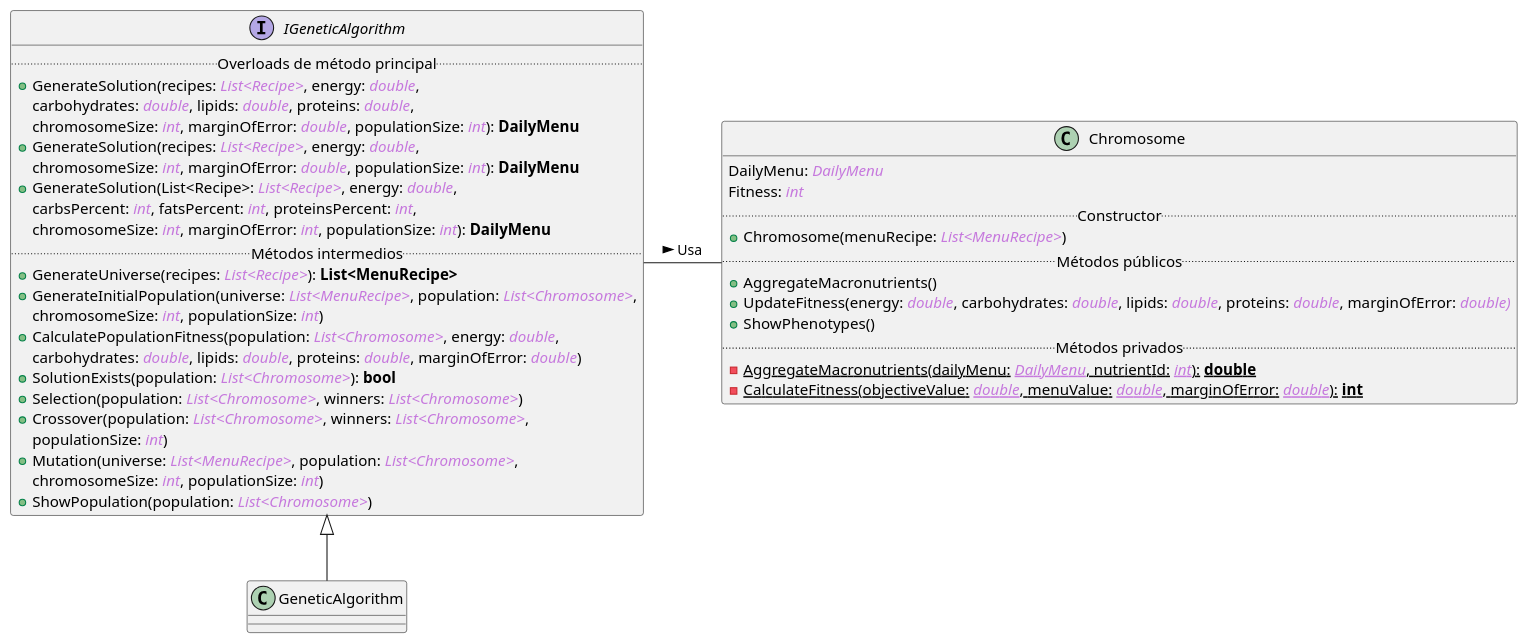
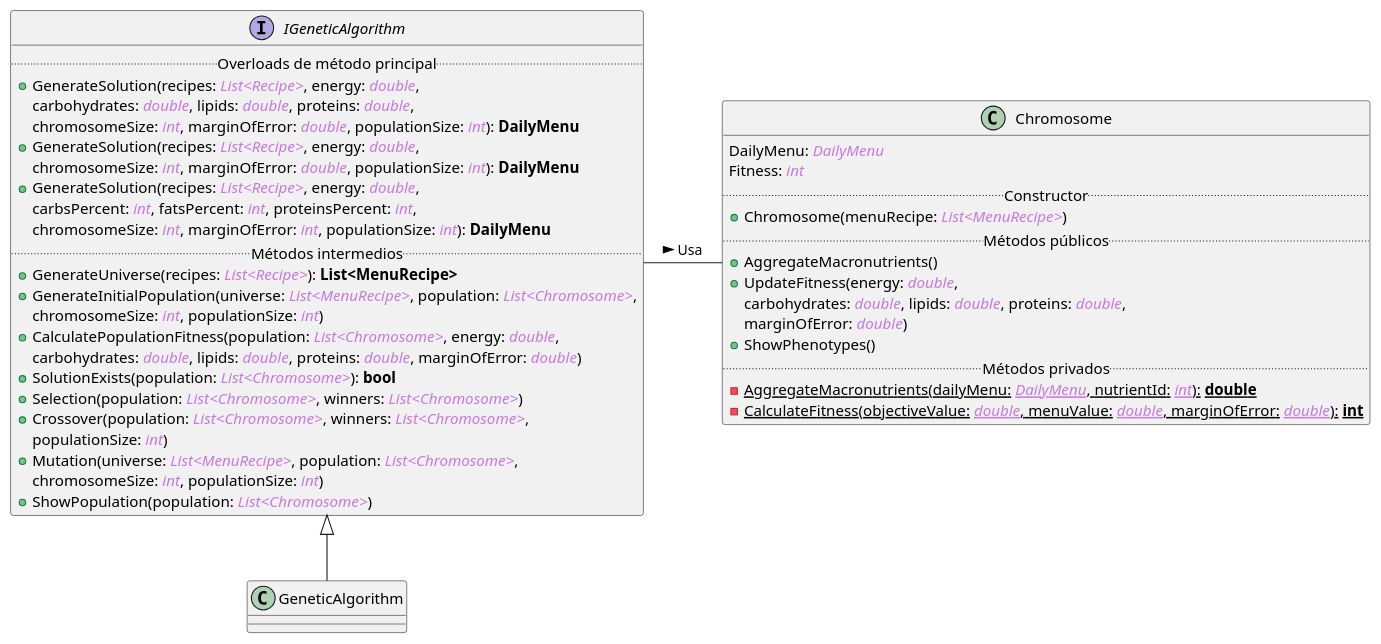
One commit to b-tapia-morales/NutriFoods changed the diagram in API/Diagrams/GeneticAlgorithm.puml. Above: the diagram before and after it, drawn with PlantUML.

Commit message:
Minor formatting issues

```diff
--- a/API/Diagrams/GeneticAlgorithm.puml
+++ b/API/Diagrams/GeneticAlgorithm.puml
@@ -1,49 +1,51 @@
 @startuml
 'https://plantuml.com/class-diagram
 
 class Chromosome
 {
 DailyMenu: <color:#C678DD><i>DailyMenu
 Fitness: <color:#C678DD><i>int
 .. Constructor ..
 +Chromosome(menuRecipe: <color:#C678DD><i>List<MenuRecipe></i></color>)
 .. Métodos públicos ..
 +AggregateMacronutrients()
-+UpdateFitness(energy: <color:#C678DD><i>double</i></color>, carbohydrates: <color:#C678DD><i>double</i></color>, lipids: <color:#C678DD><i>double</i></color>, proteins: <color:#C678DD><i>double</i></color>, marginOfError: <color:#C678DD><i>double)
++UpdateFitness(energy: <color:#C678DD><i>double</i></color>, 
+carbohydrates: <color:#C678DD><i>double</i></color>, lipids: <color:#C678DD><i>double</i></color>, proteins: <color:#C678DD><i>double</i></color>, 
+marginOfError: <color:#C678DD><i>double</i></color>)
 +ShowPhenotypes()
 .. Métodos privados ..
 -{static}AggregateMacronutrients(dailyMenu: <color:#C678DD><i>DailyMenu</i></color>, nutrientId: <color:#C678DD><i>int</i></color>): <b>double</b>
 -{static}CalculateFitness(objectiveValue: <color:#C678DD><i>double</i></color>, menuValue: <color:#C678DD><i>double</i></color>, marginOfError: <color:#C678DD><i>double</i></color>): <b>int</b>
 }
 
 interface IGeneticAlgorithm {
 .. Overloads de método principal ..
 +GenerateSolution(recipes: <color:#C678DD><i>List<Recipe></i></color>, energy: <color:#C678DD><i>double</i></color>,
 carbohydrates: <color:#C678DD><i>double</i></color>, lipids: <color:#C678DD><i>double</i></color>, proteins: <color:#C678DD><i>double</i></color>,
 chromosomeSize: <color:#C678DD><i>int</i></color>, marginOfError: <color:#C678DD><i>double</i></color>, populationSize: <color:#C678DD><i>int</i></color>): <b>DailyMenu</b>
 +GenerateSolution(recipes: <color:#C678DD><i>List<Recipe></i></color>, energy: <color:#C678DD><i>double</i></color>,
 chromosomeSize: <color:#C678DD><i>int</i></color>, marginOfError: <color:#C678DD><i>double</i></color>, populationSize: <color:#C678DD><i>int</i></color>): <b>DailyMenu
-+GenerateSolution(List<Recipe>: <color:#C678DD><i>List<Recipe></i></color>, energy: <color:#C678DD><i>double</i></color>,
++GenerateSolution(recipes: <color:#C678DD><i>List<Recipe></i></color>, energy: <color:#C678DD><i>double</i></color>,
 carbsPercent: <color:#C678DD><i>int</i></color>, fatsPercent: <color:#C678DD><i>int</i></color>, proteinsPercent: <color:#C678DD><i>int</i></color>,
 chromosomeSize: <color:#C678DD><i>int</i></color>, marginOfError: <color:#C678DD><i>int</i></color>, populationSize: <color:#C678DD><i>int</i></color>): <b>DailyMenu
 .. Métodos intermedios ..
 +GenerateUniverse(recipes: <color:#C678DD><i>List<Recipe></i></color>): <b>List<MenuRecipe></b>
 +GenerateInitialPopulation(universe: <color:#C678DD><i>List<MenuRecipe></i></color>, population: <color:#C678DD><i>List<Chromosome></i></color>,
 chromosomeSize: <color:#C678DD><i>int</i></color>, populationSize: <color:#C678DD><i>int</i></color>)
 +CalculatePopulationFitness(population: <color:#C678DD><i>List<Chromosome></i></color>, energy: <color:#C678DD><i>double</i></color>,
 carbohydrates: <color:#C678DD><i>double</i></color>, lipids: <color:#C678DD><i>double</i></color>, proteins: <color:#C678DD><i>double</i></color>, marginOfError: <color:#C678DD><i>double</i></color>)
 +SolutionExists(population: <color:#C678DD><i>List<Chromosome></i></color>): <b>bool</b>
 +Selection(population: <color:#C678DD><i>List<Chromosome></i></color>, winners: <color:#C678DD><i>List<Chromosome></i></color>)
 +Crossover(population: <color:#C678DD><i>List<Chromosome></i></color>, winners: <color:#C678DD><i>List<Chromosome></i></color>,
 populationSize: <color:#C678DD><i>int</i></color>)
 +Mutation(universe: <color:#C678DD><i>List<MenuRecipe></i></color>, population: <color:#C678DD><i>List<Chromosome></i></color>,
 chromosomeSize: <color:#C678DD><i>int</i></color>, populationSize: <color:#C678DD><i>int</i></color>)
 +ShowPopulation(population: <color:#C678DD><i>List<Chromosome></i></color>)
 }
 
 class GeneticAlgorithm
 
 IGeneticAlgorithm <|-- GeneticAlgorithm
 IGeneticAlgorithm - Chromosome: Usa >
 
 @enduml
```
